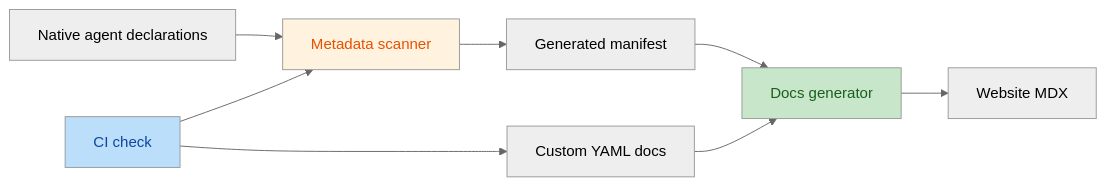
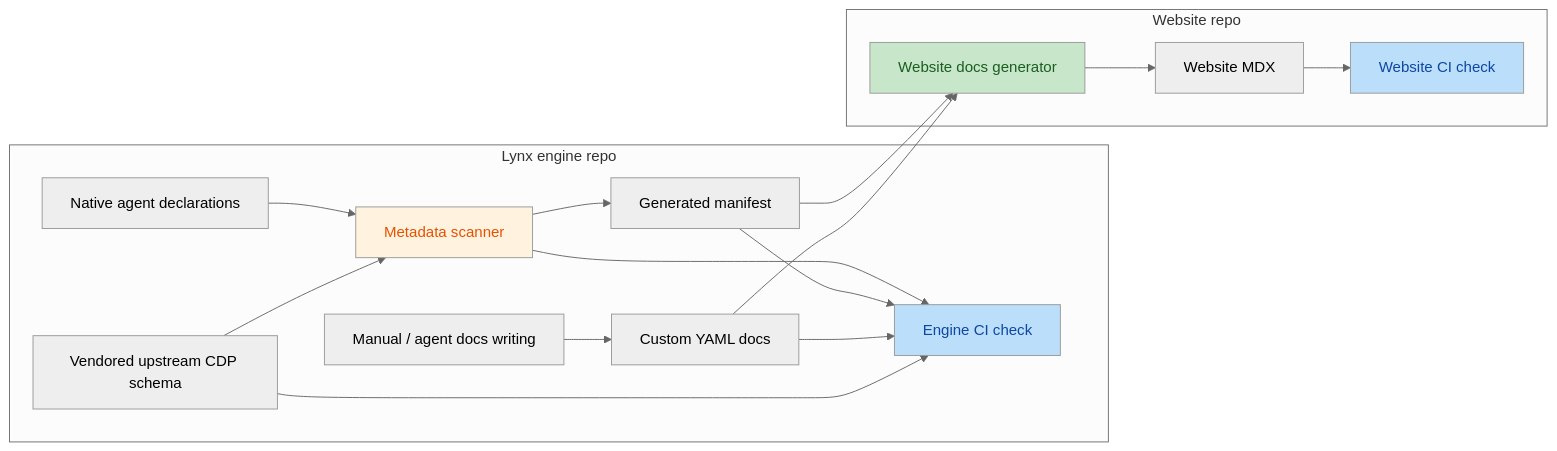
Before and after one commit to lynx-family/lynx: the diagram in devtool/lynx_devtool/protocol/cdp_metadata_workflow.md, drawn with Mermaid (neutral theme). The commit also changed other lines of this file, not shown here.

Commit message:
[Doc][DevTool] Update CDP metadata workflow.

````diff
--- a/devtool/lynx_devtool/protocol/cdp_metadata_workflow.md
+++ b/devtool/lynx_devtool/protocol/cdp_metadata_workflow.md
@@ -5,13 +5,26 @@
 ```mermaid
 flowchart LR
-    A[Native agent declarations] --> B[Metadata scanner]
-    B --> C[Generated manifest]
-    C --> D[Docs generator]
-    D --> E[Website MDX]
-    F[Custom YAML docs] --> D
-    G[CI check] --> B
-    G --> F
+    subgraph Engine["Lynx engine repo"]
+        A["Native agent declarations"] --> B["Metadata scanner"]
+        U["Vendored upstream CDP schema"] --> B
+        B --> C["Generated manifest"]
+        M["Manual / agent docs writing"] --> F["Custom YAML docs"]
+        B --> G["Engine CI check"]
+        C --> G
+        F --> G
+        U --> G
+    end
+
+    subgraph Website["Website repo"]
+        D["Website docs generator"] --> E["Website MDX"]
+        E --> W["Website CI check"]
+    end
+
+    C --> D
+    F --> D
+
     style B fill:#fff3e0,color:#e65100
     style G fill:#bbdefb,color:#0d47a1
     style D fill:#c8e6c9,color:#1a5e20
+    style W fill:#bbdefb,color:#0d47a1
 ```
````
